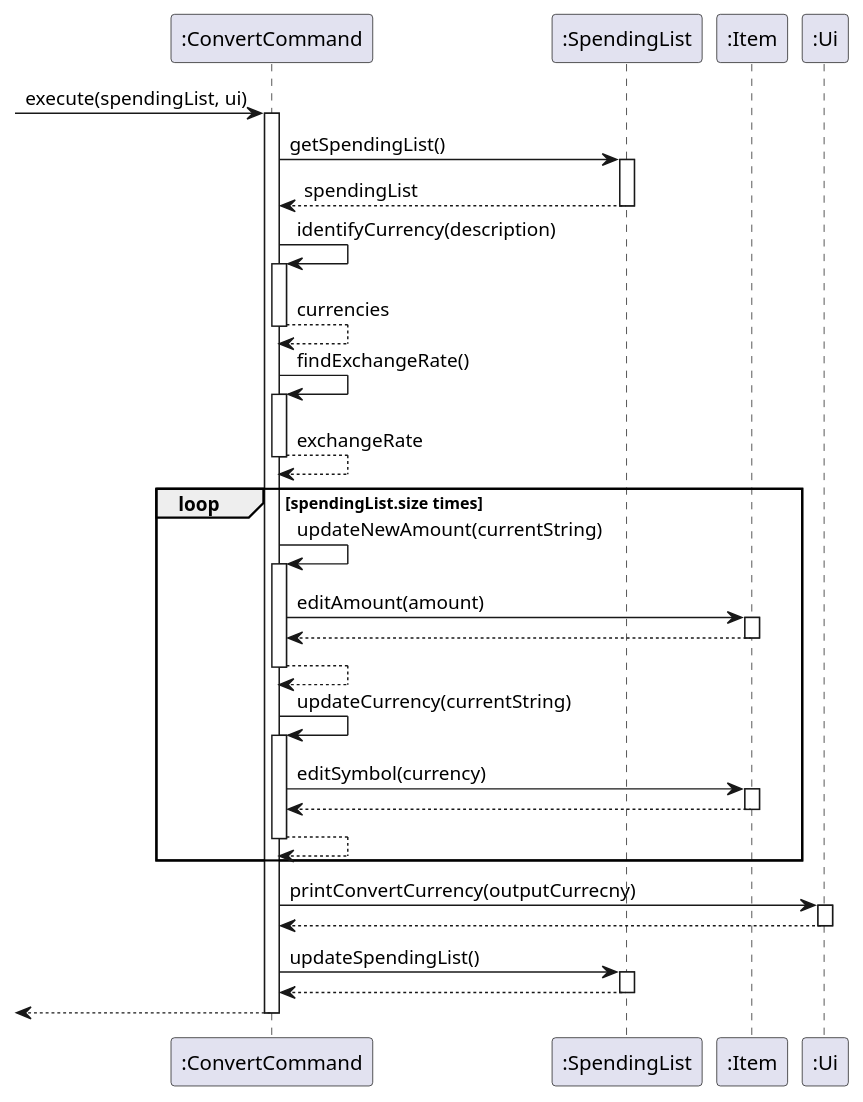
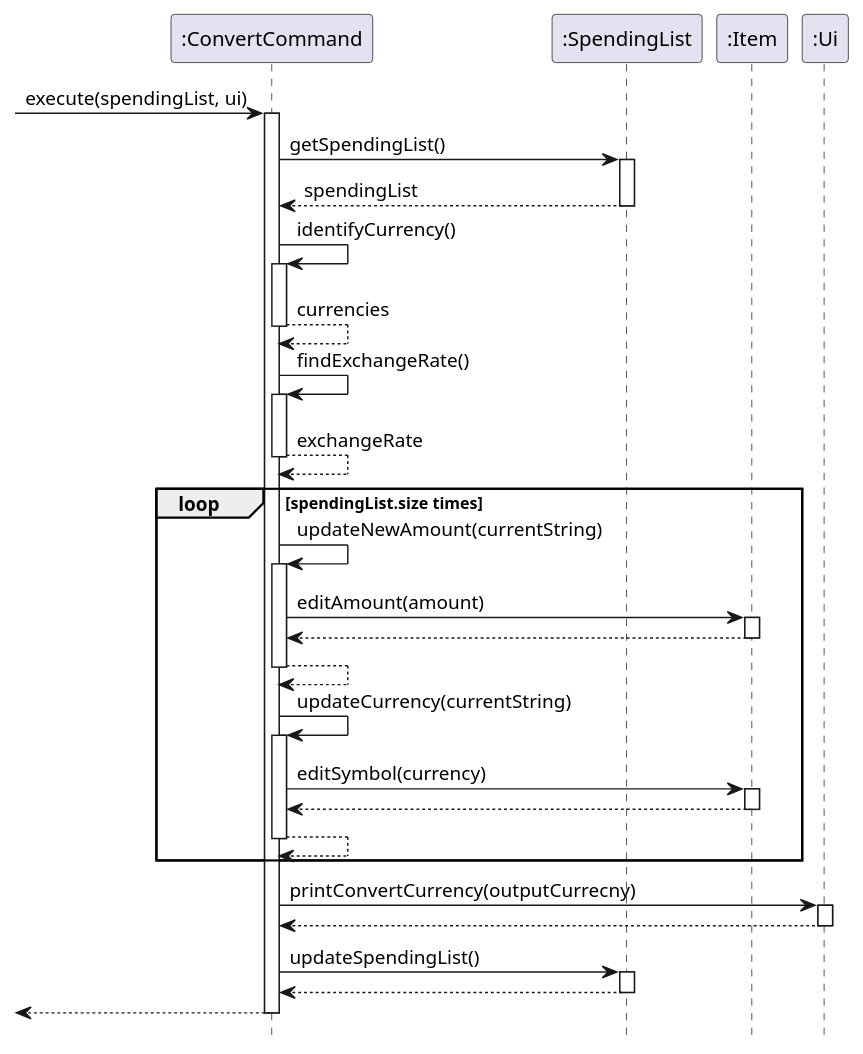
Before and after one commit to xieyaoyue/tp: the diagram in src/uml/ConvertCommand.puml, drawn with PlantUML. The commit also changed 14 other files, not shown here.

```diff
--- a/src/uml/ConvertCommand.puml
+++ b/src/uml/ConvertCommand.puml
@@ -1,44 +1,45 @@
 @startuml
+hide footbox
 ->":ConvertCommand":execute(spendingList, ui)
 activate ":ConvertCommand"
 ":ConvertCommand"->":SpendingList":getSpendingList()
 activate ":SpendingList"
 ":SpendingList"-->":ConvertCommand":spendingList
 deactivate ":SpendingList"
-":ConvertCommand"->":ConvertCommand":identifyCurrency(description)
+":ConvertCommand"->":ConvertCommand":identifyCurrency()
 activate ":ConvertCommand"
 ":ConvertCommand"-->":ConvertCommand":currencies
 deactivate ":ConvertCommand"
 ":ConvertCommand"->":ConvertCommand":findExchangeRate()
 activate ":ConvertCommand"
 ":ConvertCommand"-->":ConvertCommand":exchangeRate
 deactivate ":ConvertCommand"
 loop spendingList.size times
 ":ConvertCommand"->":ConvertCommand":updateNewAmount(currentString)
 activate ":ConvertCommand"
 ":ConvertCommand"->":Item":editAmount(amount)
 activate ":Item"
 ":Item"-->":ConvertCommand":
 deactivate ":Item"
 ":ConvertCommand"-->":ConvertCommand":
 deactivate ":ConvertCommand"
 ":ConvertCommand"->":ConvertCommand":updateCurrency(currentString)
 activate ":ConvertCommand"
 ":ConvertCommand"->":Item":editSymbol(currency)
 activate ":Item"
 ":Item"-->":ConvertCommand":
 deactivate ":Item"
 ":ConvertCommand"-->":ConvertCommand":
 deactivate ":ConvertCommand"
 end
 ":ConvertCommand"->":Ui":printConvertCurrency(outputCurrecny)
 activate ":Ui"
 ":Ui"-->":ConvertCommand":
 deactivate ":Ui"
 ":ConvertCommand"->":SpendingList":updateSpendingList()
 activate ":SpendingList"
 ":SpendingList"-->":ConvertCommand":
 deactivate ":SpendingList"
 <--":ConvertCommand"
 deactivate ":ConvertCommand"
 @enduml
```
